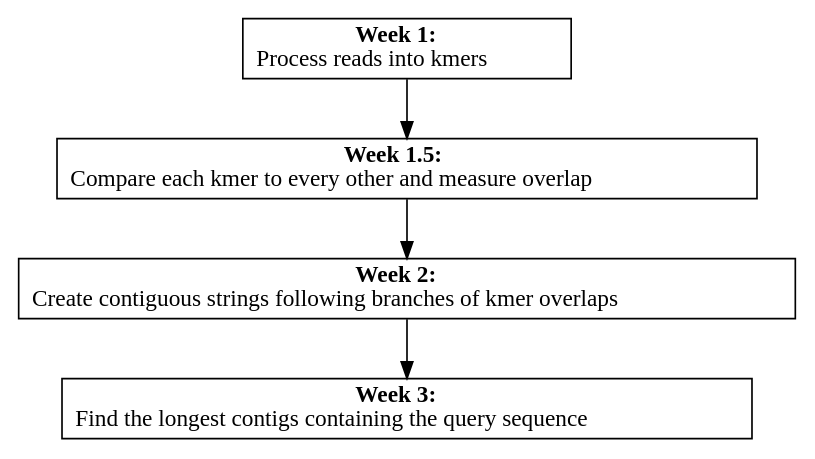
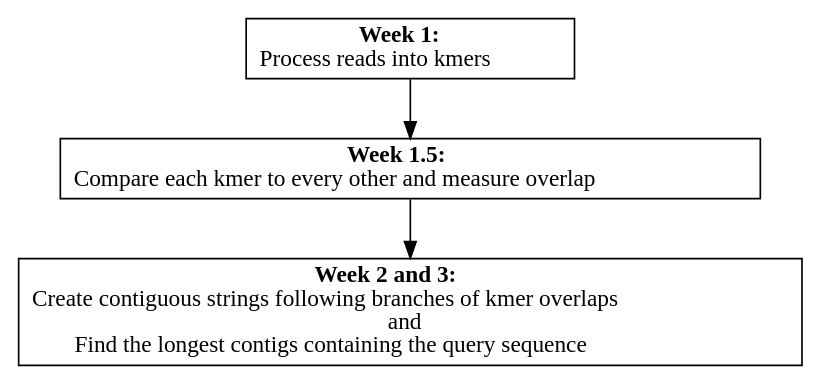
The diagram in deliverables/module-1/presentation/images/dev-flowchart.dot (canderson318/research-methodology-programming-assignment), drawn with Graphviz before and after one commit. The commit also changed 13 other files, not shown here.

```diff
--- a/deliverables/module-1/presentation/images/dev-flowchart.dot
+++ b/deliverables/module-1/presentation/images/dev-flowchart.dot
@@ -1,18 +1,16 @@
 // - Process reads into kmers
 // - Compare each kmer to every other and measure overlap
 // - Create contiguous strings following branches of kmer overlaps
 // - Find the longest contigs containing the query sequence
 
 digraph {
   rankdir=TB
 
   X1 [label=<<B>Week 1:</B><BR/>Process reads into kmers>, shape=box]
   X2 [label=<<B>Week 1.5:</B><BR/>Compare each kmer to every other and measure overlap>, shape=box]
-  X3 [label=<<B>Week 2:</B><BR/>Create contiguous strings following branches of kmer overlaps>, shape=box]
-  X4 [label=<<B>Week 3:</B><BR/>Find the longest contigs containing the query sequence>, shape=box]
+  X3 [label=<<B>Week 2 and 3: </B><BR/>Create contiguous strings following branches of kmer overlaps <BR/>and<BR/>Find the longest contigs containing the query sequence >, shape=box]
 
   X1 -> X2
   X2 -> X3
-  X3 -> X4
 
 }
```
